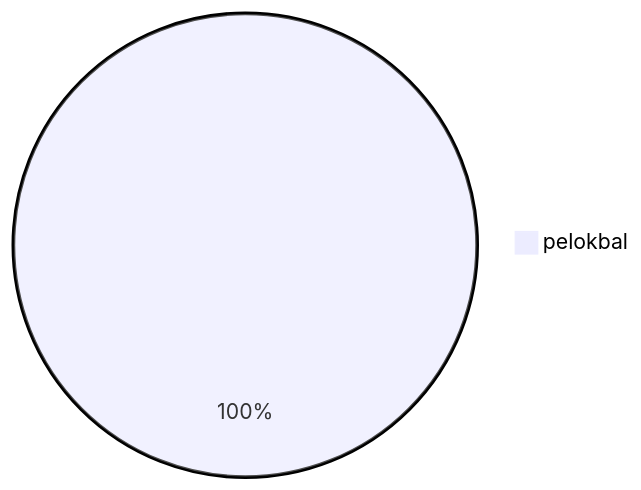
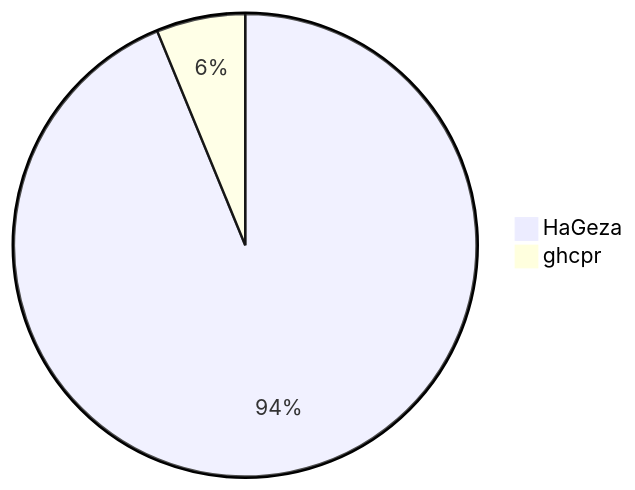
The diagram in README.md (HaGeza/GHCPR), drawn with Mermaid before and after one commit. The commit also changed 2 other files, not shown here.

Commit message:
dev: use gh api instead of git log
fix: add repo to gh api call

GHCPR: Update README with commit proportions

````diff
--- a/README.md
+++ b/README.md
@@ -12,4 +12,5 @@
 ```mermaid
 pie
-	"pelokbal": 1000
+	"HaGeza": 937
+	"ghcpr": 62
 ```
````
